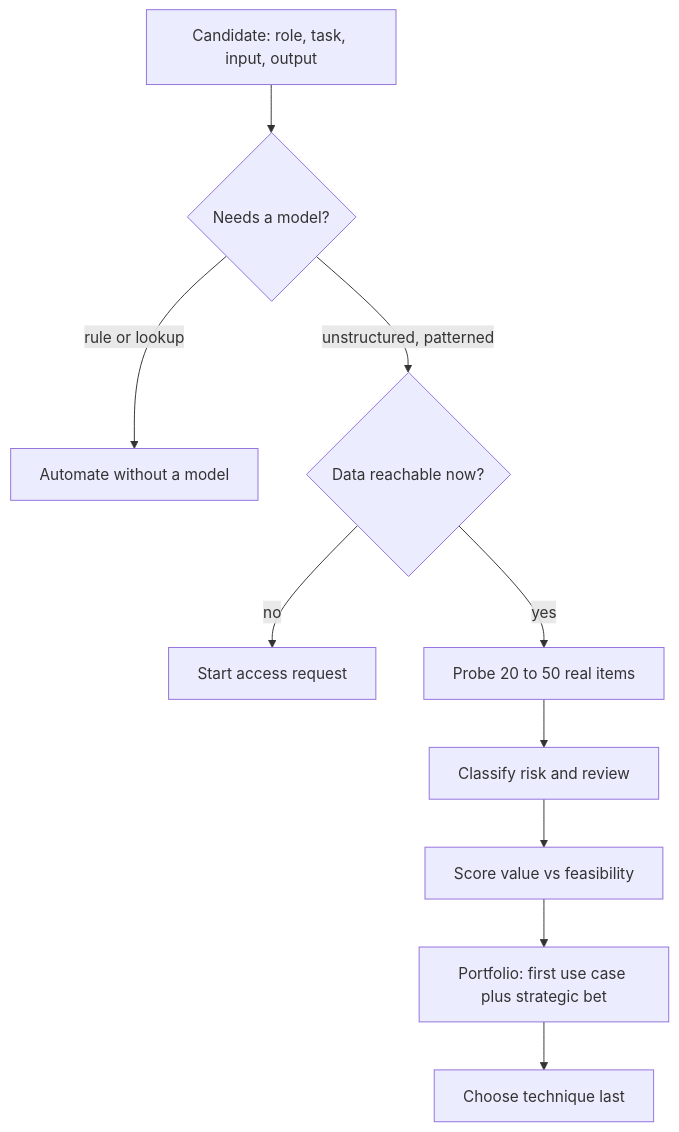
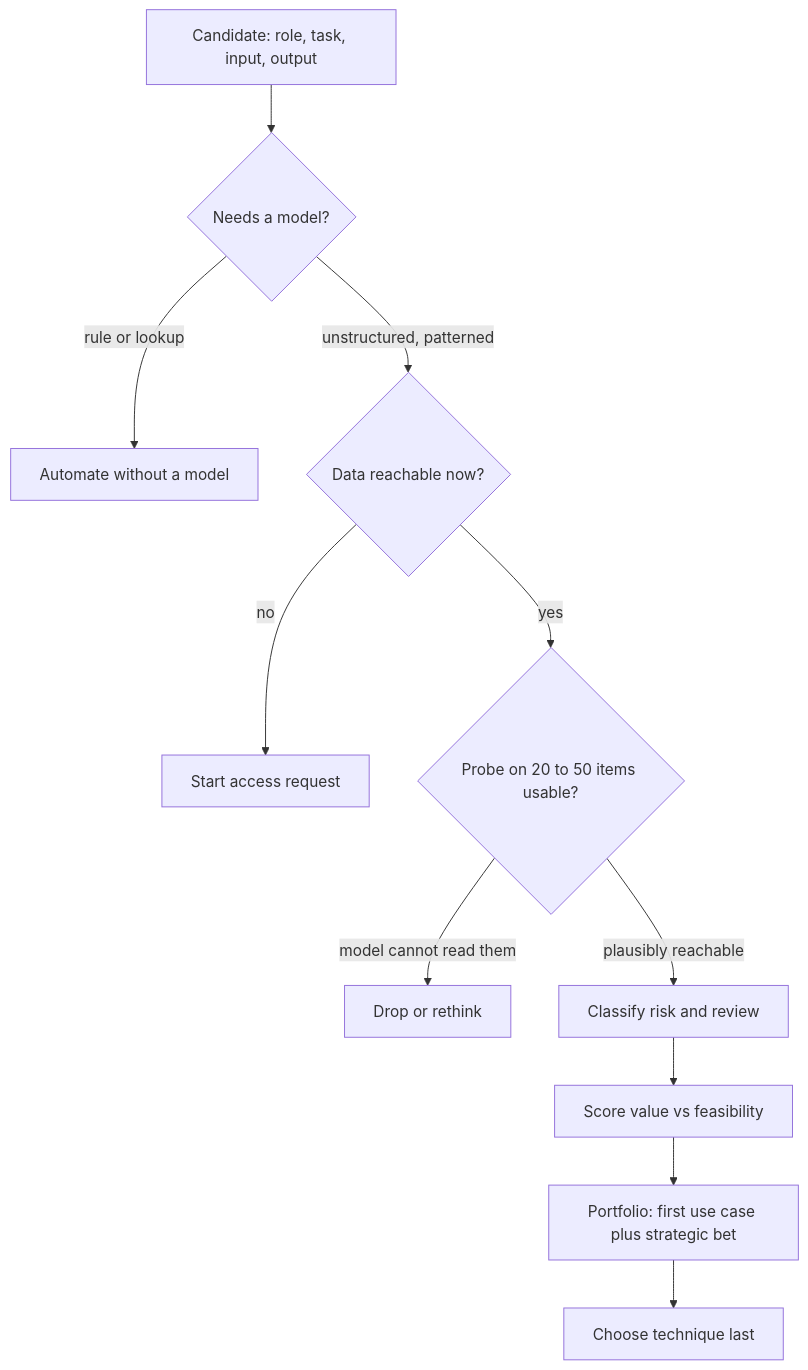
The diagram in content/scoping/ai-use-case-discovery.md (lovishmahajan97/agentic-learning), drawn with Mermaid before and after one commit. The commit also changed other lines of this file and 213 other files, not shown here.

````diff
--- a/content/scoping/ai-use-case-discovery.md
+++ b/content/scoping/ai-use-case-discovery.md
@@ -118,12 +119,13 @@
 ```mermaid
 flowchart TD
     C["Candidate: role, task, input, output"] --> F{"Needs a model?"}
     F -->|"rule or lookup"| A["Automate without a model"]
     F -->|"unstructured, patterned"| D{"Data reachable now?"}
     D -->|"no"| X["Start access request"]
-    D -->|"yes"| P["Probe 20 to 50 real items"]
-    P --> R["Classify risk and review"]
+    D -->|"yes"| P{"Probe on 20 to 50 items usable?"}
+    P -->|"model cannot read them"| Y["Drop or rethink"]
+    P -->|"plausibly reachable"| R["Classify risk and review"]
     R --> V["Score value vs feasibility"]
     V --> S["Portfolio: first use case plus strategic bet"]
     S --> T["Choose technique last"]
 ```
````
